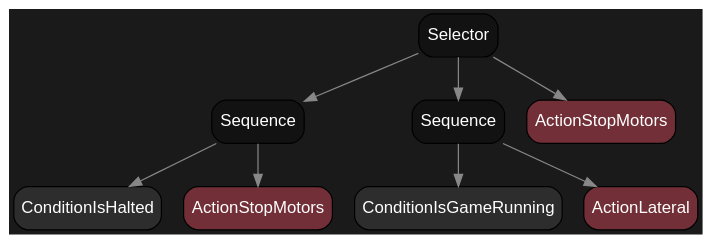
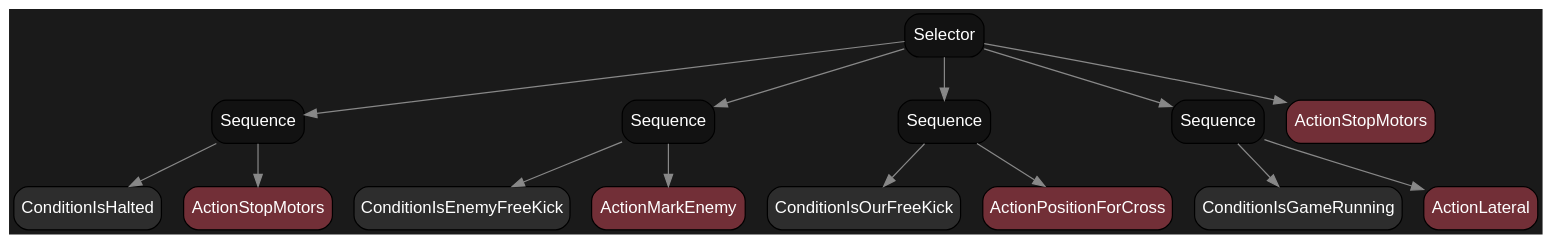
Before and after one commit to Danielgmichels/labind-ssl-ai: the diagram in diagramas/mapa_arvore_lateral_direita.dot, drawn with Graphviz. The commit also changed 24 other files, not shown here.

```diff
--- a/diagramas/mapa_arvore_lateral_direita.dot
+++ b/diagramas/mapa_arvore_lateral_direita.dot
@@ -1,19 +1,31 @@
 digraph BehaviorTree {
     bgcolor="#1a1a1a";
     node [shape=box, style="filled,rounded", fontname="Arial", color="#000000", penwidth=1];
-    "140678237082176" [label="Selector", fillcolor="#121212", fontcolor="white"];
-    "140678237082176" -> "140678237081792" [color="#888888"];
-    "140678237081792" [label="Sequence", fillcolor="#121212", fontcolor="white"];
-    "140678237081792" -> "140678237081696" [color="#888888"];
-    "140678237081696" [label="ConditionIsHalted", fillcolor="#2d2d2d", fontcolor="white"];
-    "140678237081792" -> "140678237081744" [color="#888888"];
-    "140678237081744" [label="ActionStopMotors", fillcolor="#722F37", fontcolor="white"];
-    "140678237082176" -> "140678237082032" [color="#888888"];
-    "140678237082032" [label="Sequence", fillcolor="#121212", fontcolor="white"];
-    "140678237082032" -> "140678237081888" [color="#888888"];
-    "140678237081888" [label="ConditionIsGameRunning", fillcolor="#2d2d2d", fontcolor="white"];
-    "140678237082032" -> "140678237081936" [color="#888888"];
-    "140678237081936" [label="ActionLateral", fillcolor="#722F37", fontcolor="white"];
-    "140678237082176" -> "140678237082128" [color="#888888"];
-    "140678237082128" [label="ActionStopMotors", fillcolor="#722F37", fontcolor="white"];
+    "140264501953008" [label="Selector", fillcolor="#121212", fontcolor="white"];
+    "140264501953008" -> "140264501902880" [color="#888888"];
+    "140264501902880" [label="Sequence", fillcolor="#121212", fontcolor="white"];
+    "140264501902880" -> "140264501902784" [color="#888888"];
+    "140264501902784" [label="ConditionIsHalted", fillcolor="#2d2d2d", fontcolor="white"];
+    "140264501902880" -> "140264501902832" [color="#888888"];
+    "140264501902832" [label="ActionStopMotors", fillcolor="#722F37", fontcolor="white"];
+    "140264501953008" -> "140264501903120" [color="#888888"];
+    "140264501903120" [label="Sequence", fillcolor="#121212", fontcolor="white"];
+    "140264501903120" -> "140264501902976" [color="#888888"];
+    "140264501902976" [label="ConditionIsEnemyFreeKick", fillcolor="#2d2d2d", fontcolor="white"];
+    "140264501903120" -> "140264501903024" [color="#888888"];
+    "140264501903024" [label="ActionMarkEnemy", fillcolor="#722F37", fontcolor="white"];
+    "140264501953008" -> "140264501952576" [color="#888888"];
+    "140264501952576" [label="Sequence", fillcolor="#121212", fontcolor="white"];
+    "140264501952576" -> "140264501903216" [color="#888888"];
+    "140264501903216" [label="ConditionIsOurFreeKick", fillcolor="#2d2d2d", fontcolor="white"];
+    "140264501952576" -> "140264501903264" [color="#888888"];
+    "140264501903264" [label="ActionPositionForCross", fillcolor="#722F37", fontcolor="white"];
+    "140264501953008" -> "140264501952816" [color="#888888"];
+    "140264501952816" [label="Sequence", fillcolor="#121212", fontcolor="white"];
+    "140264501952816" -> "140264501952672" [color="#888888"];
+    "140264501952672" [label="ConditionIsGameRunning", fillcolor="#2d2d2d", fontcolor="white"];
+    "140264501952816" -> "140264501952720" [color="#888888"];
+    "140264501952720" [label="ActionLateral", fillcolor="#722F37", fontcolor="white"];
+    "140264501953008" -> "140264501952912" [color="#888888"];
+    "140264501952912" [label="ActionStopMotors", fillcolor="#722F37", fontcolor="white"];
 }
```
